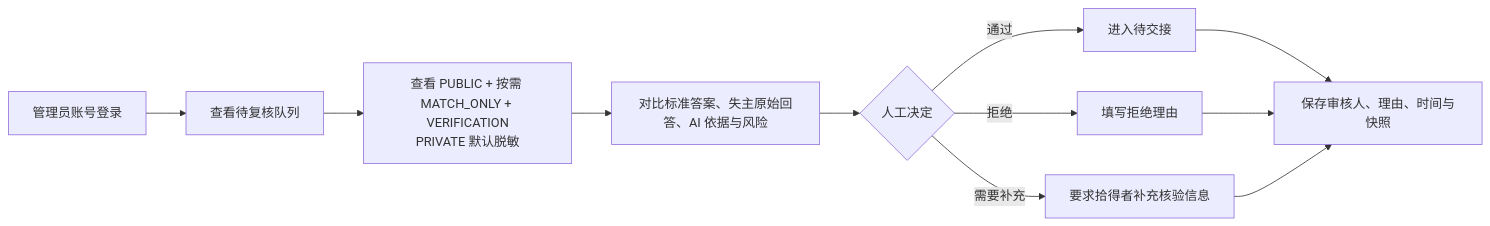
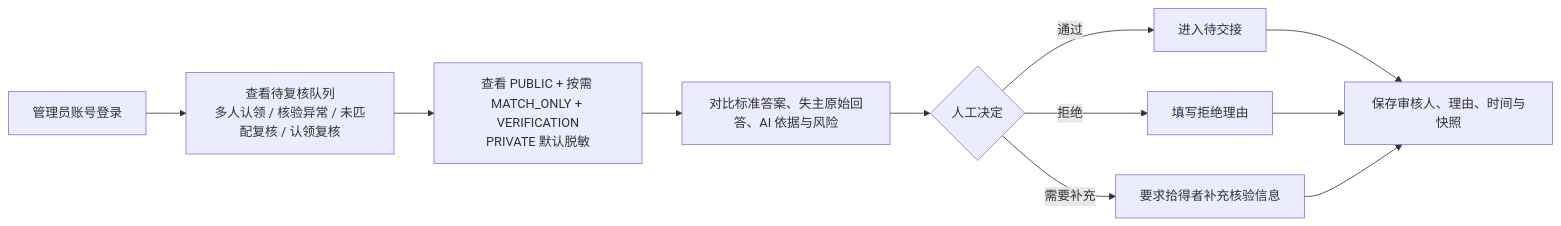
The fifth of 5 diagrams in prd.md (xushengyu1/day56-submission), drawn with Mermaid before and after one commit. The commit also changed other lines of this file and 30 other files, not shown here.

````diff
--- a/prd.md
+++ b/prd.md
@@ -475,13 +512,13 @@
 ```mermaid
 flowchart LR
-    A1["管理员账号登录"] --> A2["查看待复核队列"]
+    A1["管理员账号登录"] --> A2["查看待复核队列<br/>多人认领 / 核验异常 / 未匹配复核 / 认领复核"]
     A2 --> A3["查看 PUBLIC + 按需 MATCH_ONLY + VERIFICATION<br/>PRIVATE 默认脱敏"]
     A3 --> A4["对比标准答案、失主原始回答、AI 依据与风险"]
     A4 --> A5{"人工决定"}
     A5 -- "通过" --> A6["进入待交接"]
     A5 -- "拒绝" --> A7["填写拒绝理由"]
     A5 -- "需要补充" --> A8["要求拾得者补充核验信息"]
     A6 --> A9["保存审核人、理由、时间与快照"]
     A7 --> A9
     A8 --> A9
 ```
````
